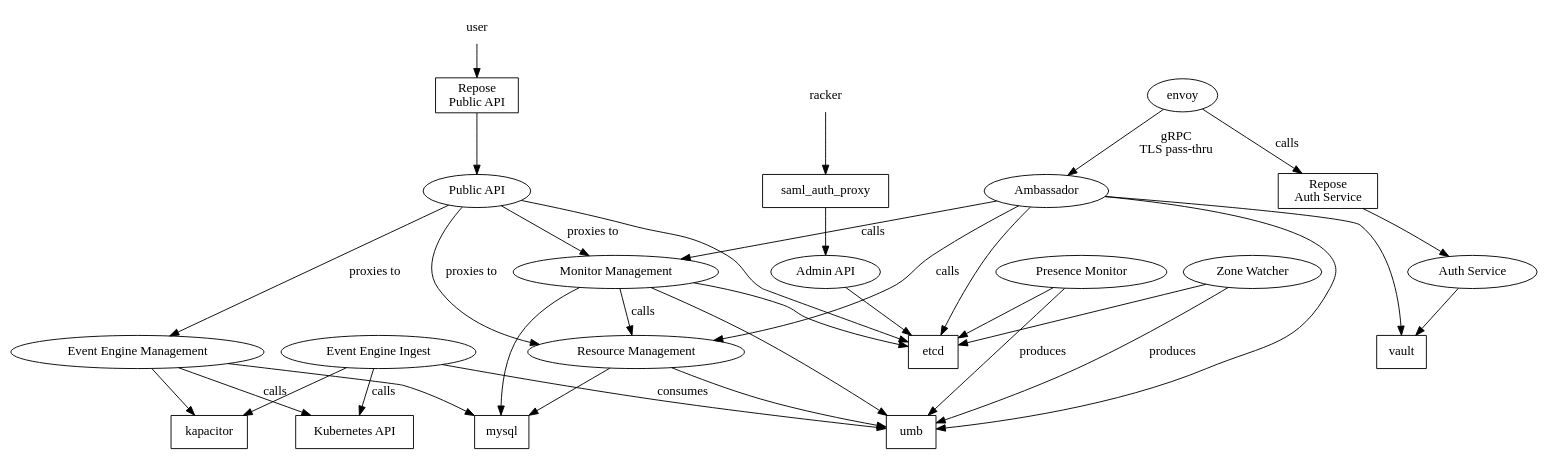
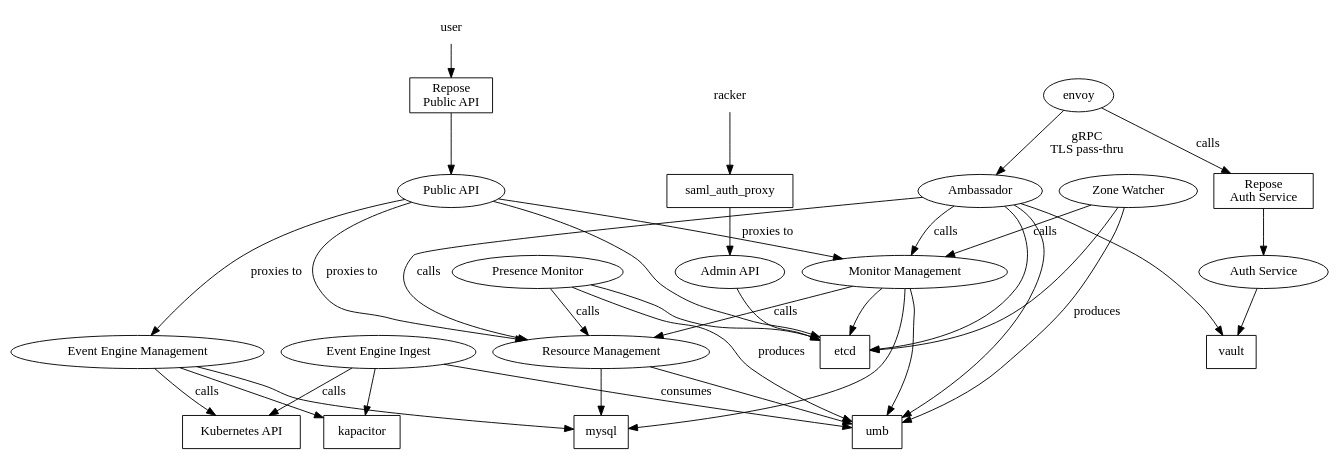
The diagram in docs/salus-dependencies.dot (racker/salus-telemetry-bundle), drawn with Graphviz before and after one commit. The commit also changed 18 other files, not shown here.

```diff
--- a/docs/salus-dependencies.dot
+++ b/docs/salus-dependencies.dot
@@ -1,72 +1,74 @@
 digraph G {
  user [shape="none"]
  racker [shape="none"]
  envoy
 
  // box shape == 3rd party software
  mysql [shape="box"]
  repose_auth [shape="box", label="Repose\nAuth Service"]
  repose_public_api [shape="box", label="Repose\nPublic API"]
  kapacitor [shape="box"]
  kube_api [shape="box", label="Kubernetes API"]
  vault [shape="box"]
  etcd [shape="box"]
  umb [shape="box"]
  saml_auth_proxy [shape="box"]
 
  // Salus modules
  public_api [label="Public API"]
  admin_api [label="Admin API"]
  pm [label="Presence Monitor"]
  auth [label="Auth Service"]
  ambassador [label="Ambassador"]
  evm [label="Event Engine Management"]
  evi [label="Event Engine Ingest"]
  rm [label="Resource Management"]
  mm [label="Monitor Management"]
  zw [label="Zone Watcher"]
 
  evm -> kapacitor
  evm -> mysql
  evm -> kube_api [label="calls"]
 
  evi -> kapacitor
  evi -> umb [label="consumes"]
  evi -> kube_api [label="calls"]
 
  rm -> umb
  rm -> mysql
 
  mm -> umb
  mm -> rm [label="calls"]
  mm -> mysql
  mm -> etcd
 
  pm -> umb [label="produces"]
  pm -> etcd
+ pm -> rm [label="calls"]
 
  zw -> etcd
  zw -> umb [label="produces"]
+ zw -> mm [label="calls"]
 
  envoy -> ambassador [label="gRPC\nTLS pass-thru"]
  ambassador -> umb
  ambassador -> etcd
  ambassador -> vault
  ambassador -> mm [label="calls"]
  ambassador -> rm [label="calls"]
 
  envoy -> repose_auth [label="calls"]
  repose_auth -> auth
  auth -> vault
 
  user -> repose_public_api
  repose_public_api -> public_api
  public_api -> etcd
  public_api -> rm [label="proxies to"]
  public_api -> mm [label="proxies to"]
  public_api -> evm [label="proxies to"]
 
  racker -> saml_auth_proxy
  saml_auth_proxy -> admin_api
  admin_api -> etcd
 }
```
